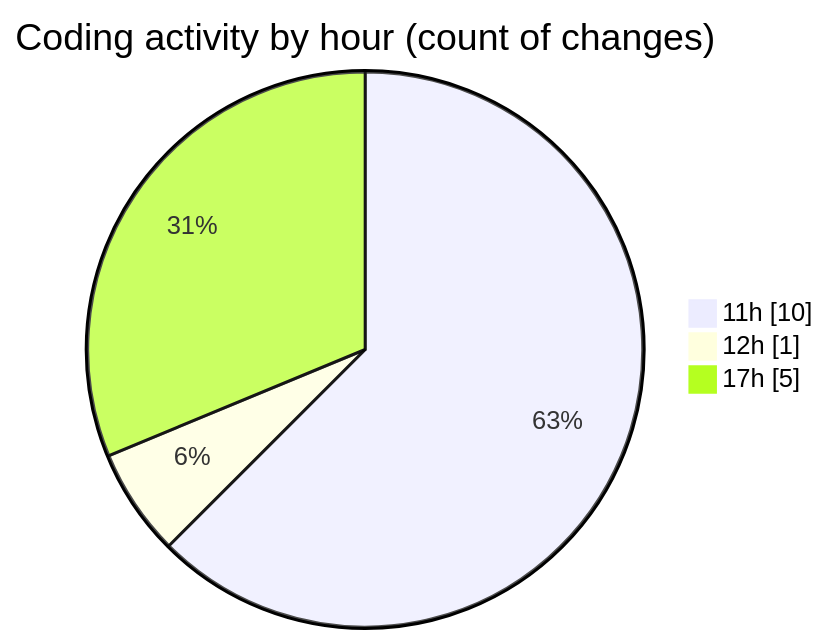
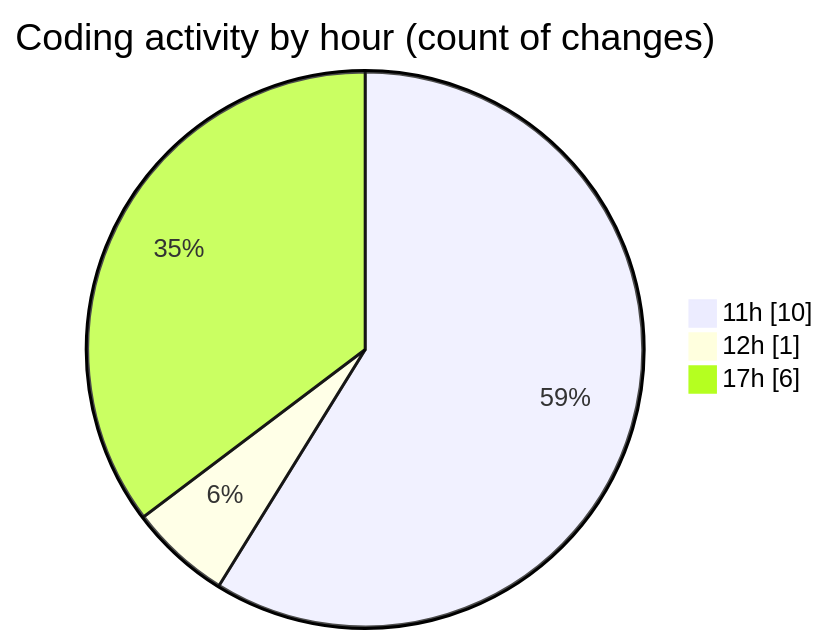
One commit to nxtqubesakshisongat/code-tracking changed the second of 2 diagrams in 2025-06-19/nxtqube_webapp/README.md. Above: the diagram before and after it, drawn with Mermaid. The commit also changed other lines of this file and 1 other file, not shown here.

````diff
--- a/2025-06-19/nxtqube_webapp/README.md
+++ b/2025-06-19/nxtqube_webapp/README.md
@@ -34,7 +34,7 @@
 ```mermaid
 pie showData
 title Coding activity by hour (count of changes)
 "11h" : 10
 "12h" : 1
-"17h" : 5
+"17h" : 6
 ```
````
